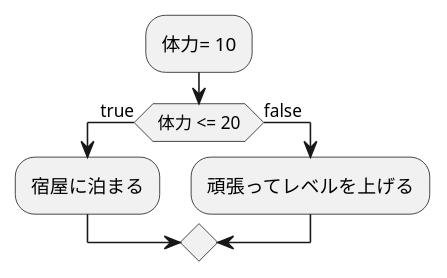
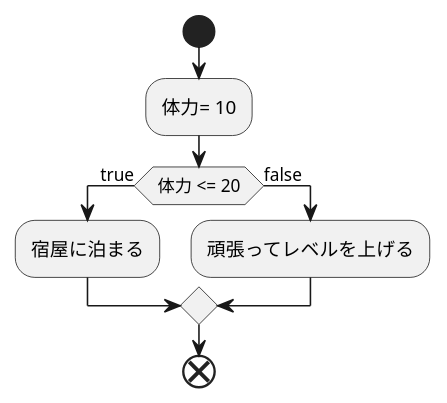
Before and after one commit to usagiame/2021sys-design: the diagram in kadai2.md, drawn with PlantUML.

````diff
--- a/kadai2.md
+++ b/kadai2.md
@@ -1,10 +1,12 @@
 ```uml
 @startuml
+start
 :体力= 10;
 if( 体力 <= 20 ) then (true)
 :宿屋に泊まる;
 else (false)
 :頑張ってレベルを上げる;
 endif
+end
 @enduml
 ```
````
